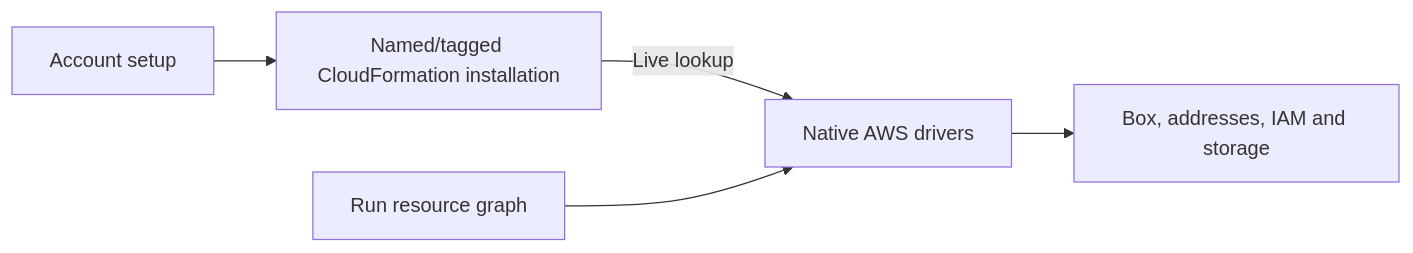
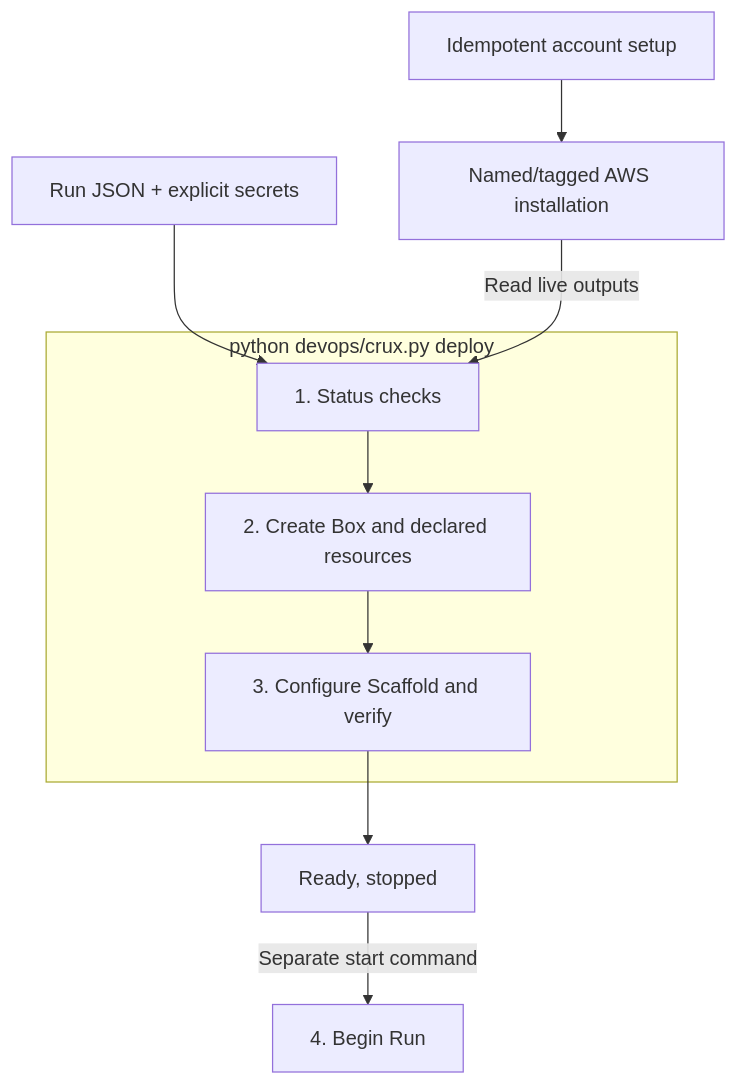
One commit to sage-princeton/crux-in-a-box changed the first of 2 diagrams in devops/design.md. Above: the diagram before and after it, drawn with Mermaid. The commit also changed other lines of this file and 50 other files, not shown here.

Commit message:
Deploy a stopped Run from one configuration and start it explicitly

````diff
--- a/devops/design.md
+++ b/devops/design.md
@@ -14,7 +9,15 @@
 ```mermaid
-flowchart LR
-    Setup[Account setup] --> Stack[Named/tagged CloudFormation installation]
-    Stack -->|Live lookup| Drivers[Native AWS drivers]
-    Run[Run resource graph] --> Drivers
-    Drivers --> EC2[Box, addresses, IAM and storage]
+flowchart TD
+    Setup[Idempotent account setup] --> Shared[Named/tagged AWS installation]
+    Run[Run JSON + explicit secrets] --> Checks[1. Status checks]
+    Shared -->|Read live outputs| Checks
+    Checks --> Create[2. Create Box and declared resources]
+    Create --> Configure[3. Configure Scaffold and verify]
+    Configure --> Stopped[Ready, stopped]
+    Stopped -->|Separate start command| Begin[4. Begin Run]
+    subgraph deploy [python devops/crux.py deploy]
+        Checks
+        Create
+        Configure
+    end
 ```
````
